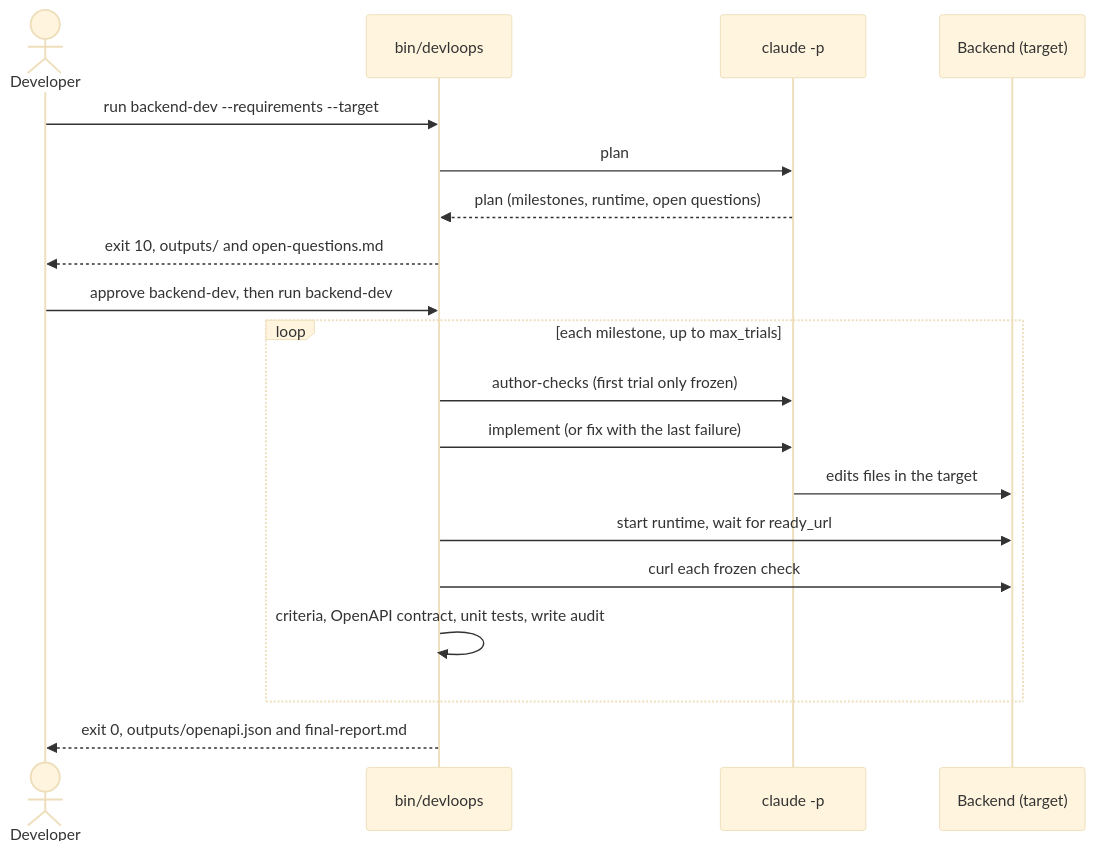
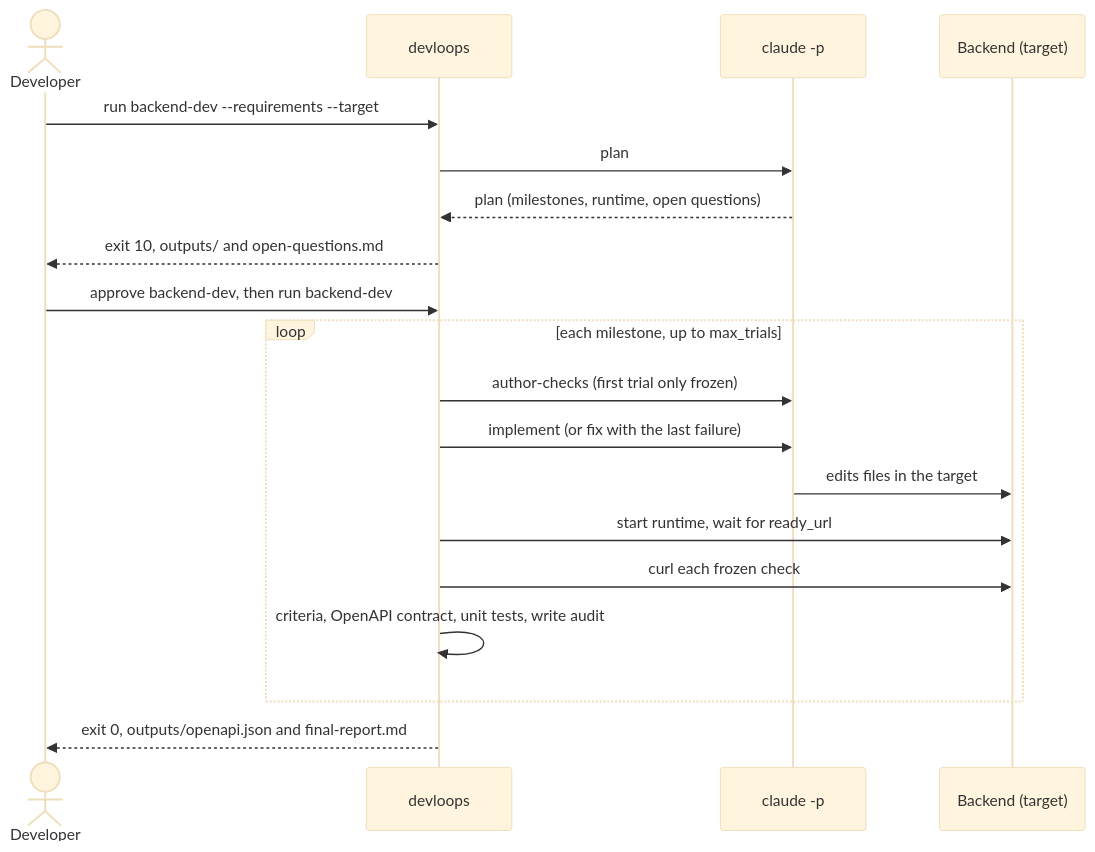
Before and after one commit to youssef7ussien/claude-devloops: the first of 3 diagrams in loops/README.md, drawn with Mermaid (base theme). The commit also changed other lines of this file and 21 other files, not shown here.

````diff
--- a/loops/README.md
+++ b/loops/README.md
@@ -154,21 +276,21 @@
 ```mermaid
 sequenceDiagram
     actor Dev as Developer
-    participant CLI as bin/devloops
+    participant CLI as devloops
     participant Claude as claude -p
     participant App as Backend (target)
     Dev->>CLI: run backend-dev --requirements --target
     CLI->>Claude: plan
     Claude-->>CLI: plan (milestones, runtime, open questions)
     CLI-->>Dev: exit 10, outputs/ and open-questions.md
     Dev->>CLI: approve backend-dev, then run backend-dev
     loop each milestone, up to max_trials
         CLI->>Claude: author-checks (first trial only frozen)
         CLI->>Claude: implement (or fix with the last failure)
         Claude->>App: edits files in the target
         CLI->>App: start runtime, wait for ready_url
         CLI->>App: curl each frozen check
         CLI->>CLI: criteria, OpenAPI contract, unit tests, write audit
     end
     CLI-->>Dev: exit 0, outputs/openapi.json and final-report.md
 ```
````
